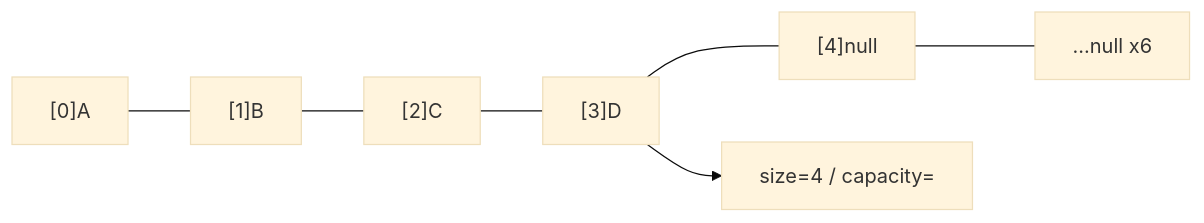
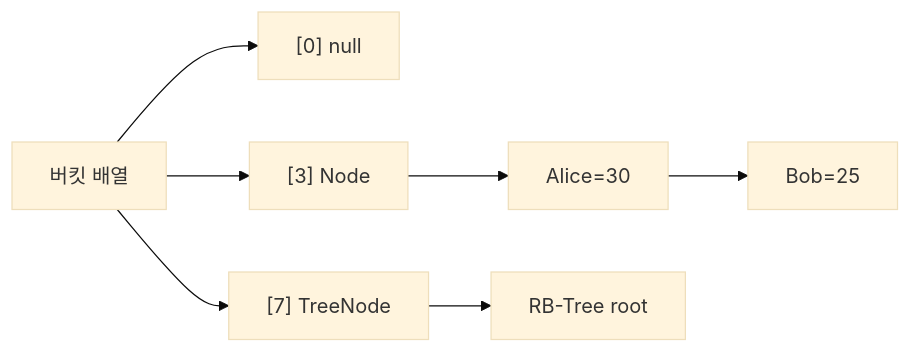
The second of 6 diagrams in _posts/java/2026-05-01-java-collections.md (yjkim2015/yjkim2015.github.io), drawn with Mermaid (base theme) before and after one commit. The commit also changed other lines of this file and 4 other files, not shown here.

````diff
--- a/_posts/java/2026-05-01-java-collections.md
+++ b/_posts/java/2026-05-01-java-collections.md
@@ -51,5 +89,8 @@
 ```mermaid
 graph LR
-    I0["[0]A"] --- I1["[1]B"] --- I2["[2]C"] --- I3["[3]D"] --- I4["[4]null"] --- I5["...null x6"]
-    I3 --> SIZE["size=4 / capacity="]
+    ARR["버킷 배열"] --> B0["[0] null"]
+    ARR --> B3["[3] Node"]
+    ARR --> B7["[7] TreeNode"]
+    B3 --> N1["Alice=30"] --> N2["Bob=25"]
+    B7 --> TR["RB-Tree root"]
 ```
````
